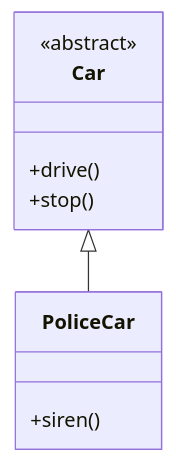
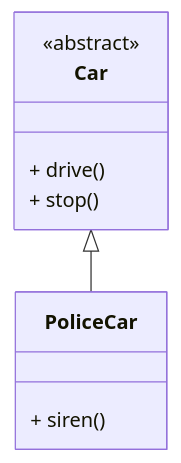
The first of 2 diagrams in content/concepts/is-a.mdx (3794/principles), drawn with Mermaid before and after one commit. The commit also changed 1 other file, not shown here.

Commit message:
Add UML to decorator pattern

````diff
--- a/content/concepts/is-a.mdx
+++ b/content/concepts/is-a.mdx
@@ -16,12 +16,12 @@
 ```mermaid
 classDiagram
     class Car {
         <<abstract>>
-        +drive()
-        +stop()
+        + drive()
+        + stop()
     }
     class PoliceCar {
-        +siren()
+        + siren()
     }
     Car <|-- PoliceCar
 ```
````
